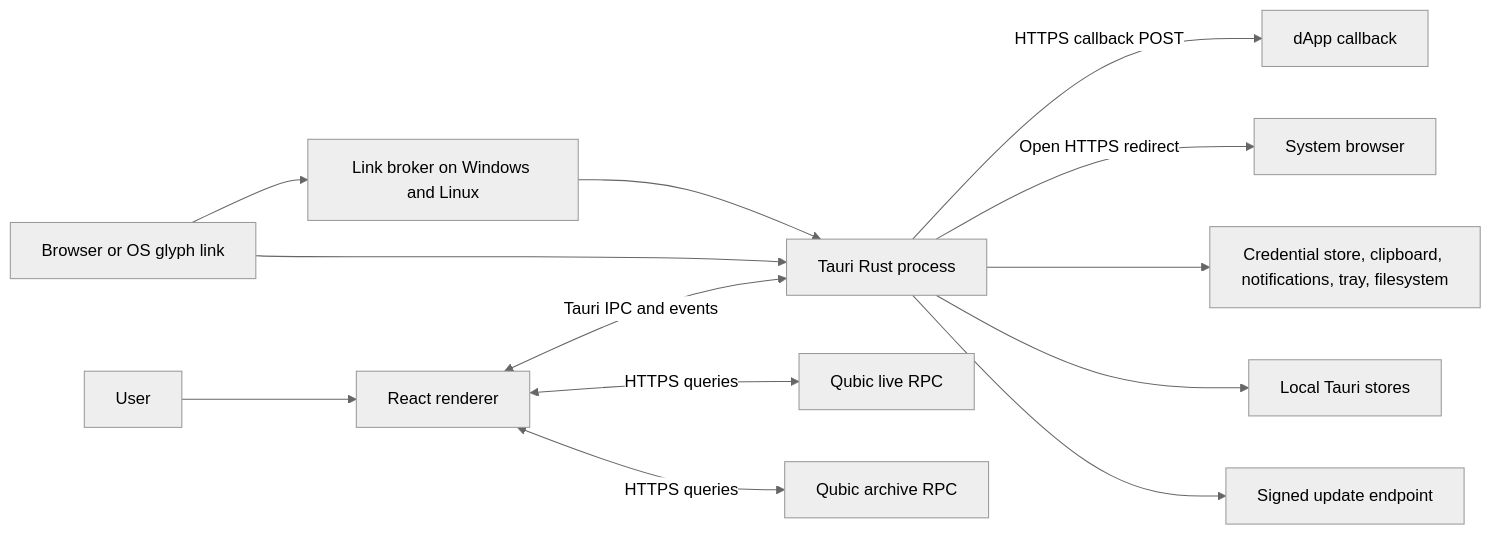
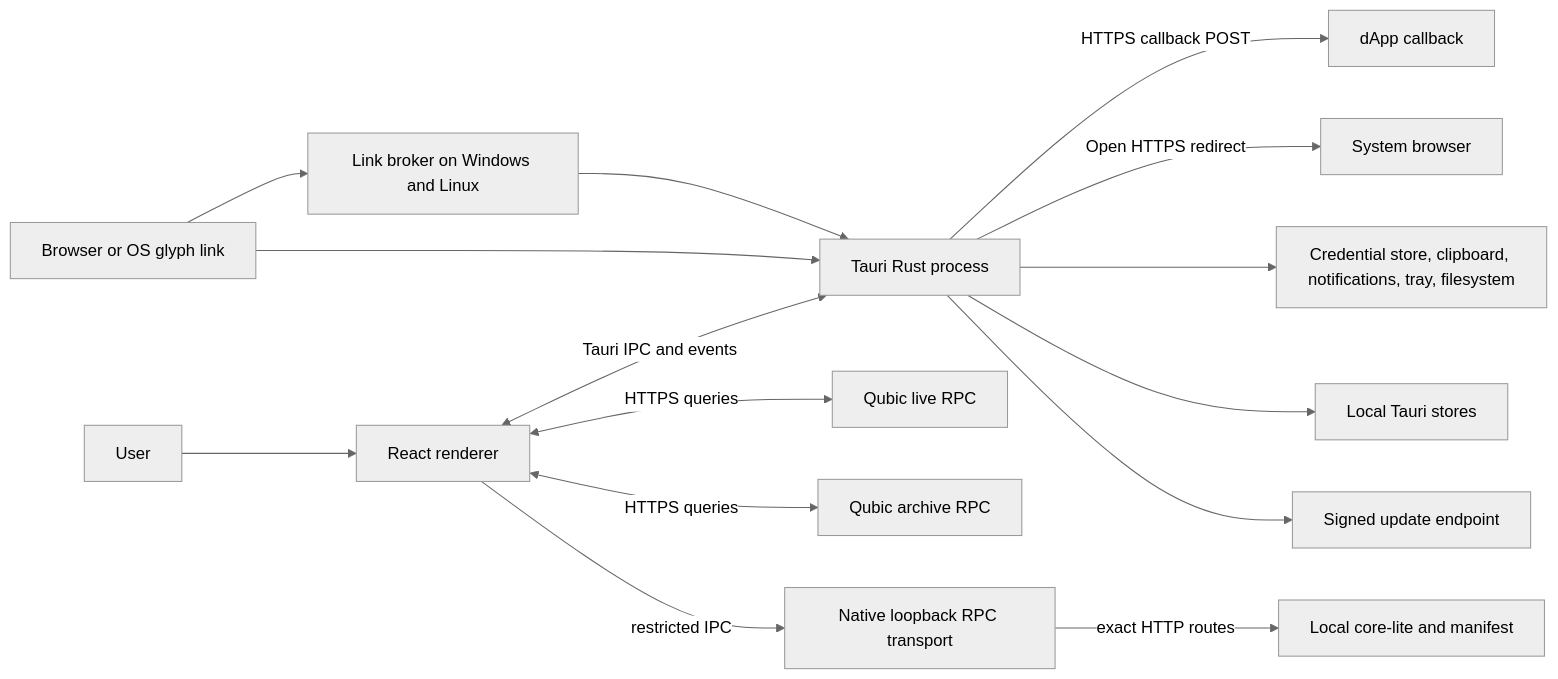
The first of 2 diagrams in docs/ARCHITECTURE.md (glyphq/wallet), drawn with Mermaid (neutral theme) before and after one commit. The commit also changed other lines of this file and 3 other files, not shown here.

````diff
--- a/docs/ARCHITECTURE.md
+++ b/docs/ARCHITECTURE.md
@@ -38,15 +38,17 @@
 ```mermaid
 graph LR
     User[User] --> UI[React renderer]
     Link[Browser or OS glyph link] --> Broker[Link broker on Windows and Linux]
     Broker --> Native[Tauri Rust process]
     Link --> Native
     UI <-->|Tauri IPC and events| Native
     UI <-->|HTTPS queries| LiveRPC[Qubic live RPC]
     UI <-->|HTTPS queries| ArchiveRPC[Qubic archive RPC]
+    UI -->|restricted IPC| NativeLocal[Native loopback RPC transport]
+    NativeLocal -->|exact HTTP routes| LocalNode[Local core-lite and manifest]
     Native -->|HTTPS callback POST| DApp[dApp callback]
     Native -->|Open HTTPS redirect| Browser[System browser]
     Native --> OS[Credential store, clipboard, notifications, tray, filesystem]
     Native --> Store[Local Tauri stores]
     Native --> Updater[Signed update endpoint]
 ```
````
